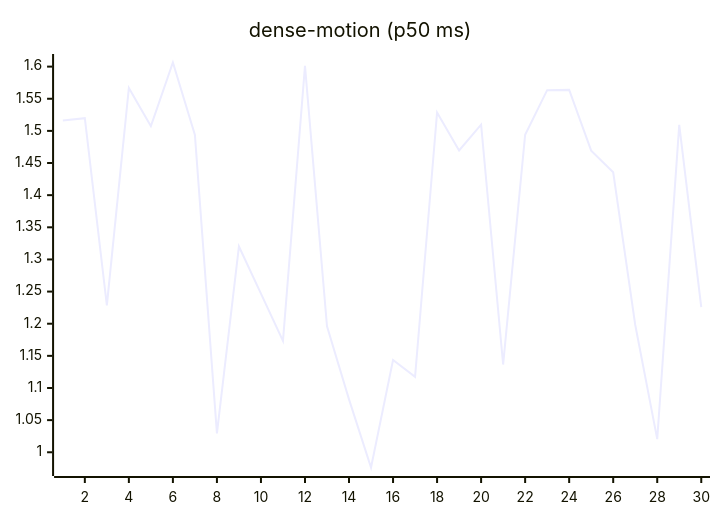
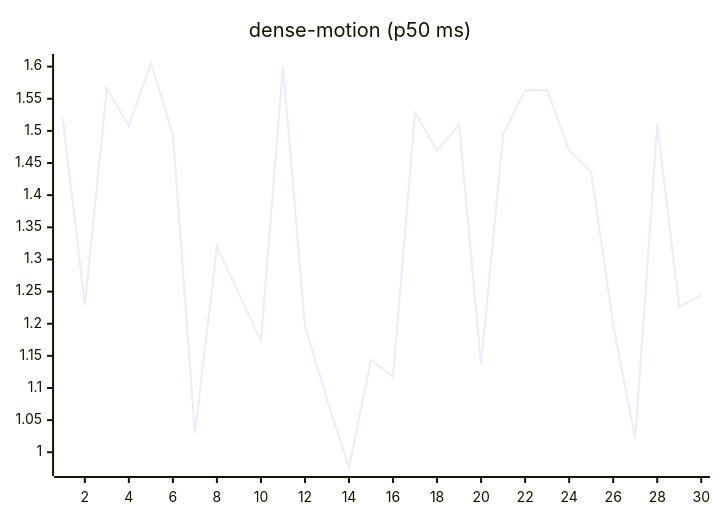
Before and after one commit to josha/Facet: the ninth of 27 diagrams in README.md, drawn with Mermaid. The commit also changed other lines of this file and 2 other files, not shown here.

````diff
--- a/README.md
+++ b/README.md
@@ -119,6 +119,6 @@
 ```mermaid
 xychart-beta
     title "dense-motion (p50 ms)"
     x-axis 1 --> 30
-    line [1.5160, 1.5198, 1.2285, 1.5668, 1.5073, 1.6064, 1.4938, 1.0293, 1.3202, 1.2469, 1.1733, 1.6011, 1.1959, 1.0823, 0.9763, 1.1436, 1.1174, 1.5286, 1.4695, 1.5096, 1.1365, 1.4939, 1.5634, 1.5638, 1.4692, 1.4355, 1.1984, 1.0205, 1.5093, 1.2258]
+    line [1.5198, 1.2285, 1.5668, 1.5073, 1.6064, 1.4938, 1.0293, 1.3202, 1.2469, 1.1733, 1.6011, 1.1959, 1.0823, 0.9763, 1.1436, 1.1174, 1.5286, 1.4695, 1.5096, 1.1365, 1.4939, 1.5634, 1.5638, 1.4692, 1.4355, 1.1984, 1.0205, 1.5093, 1.2258, 1.2445]
 ```
````
